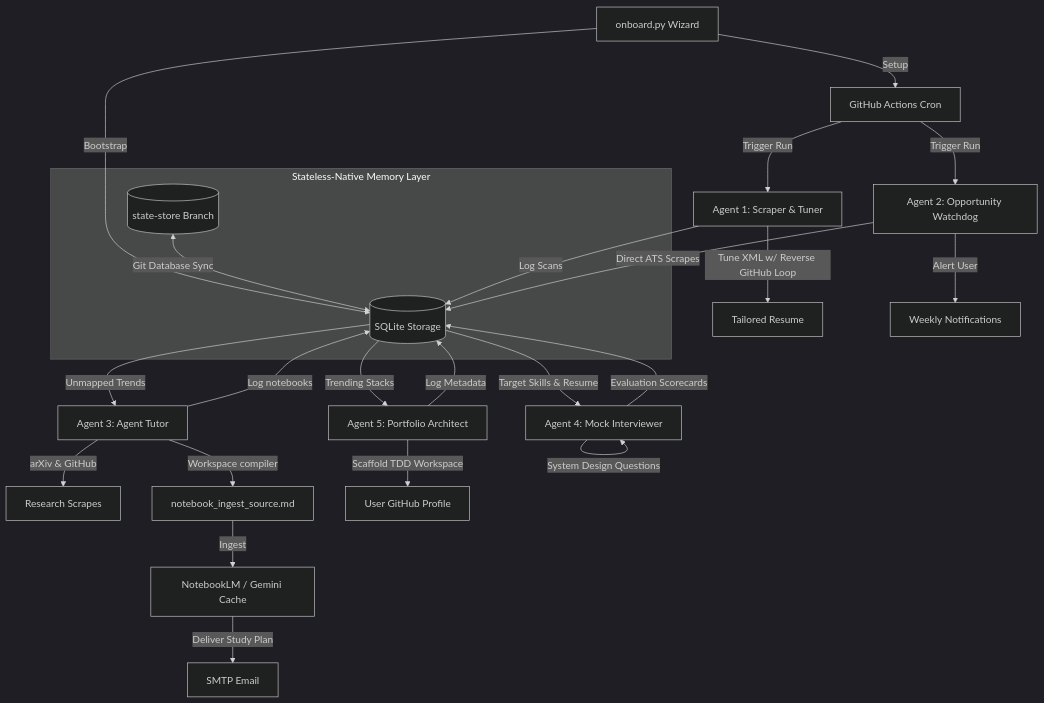
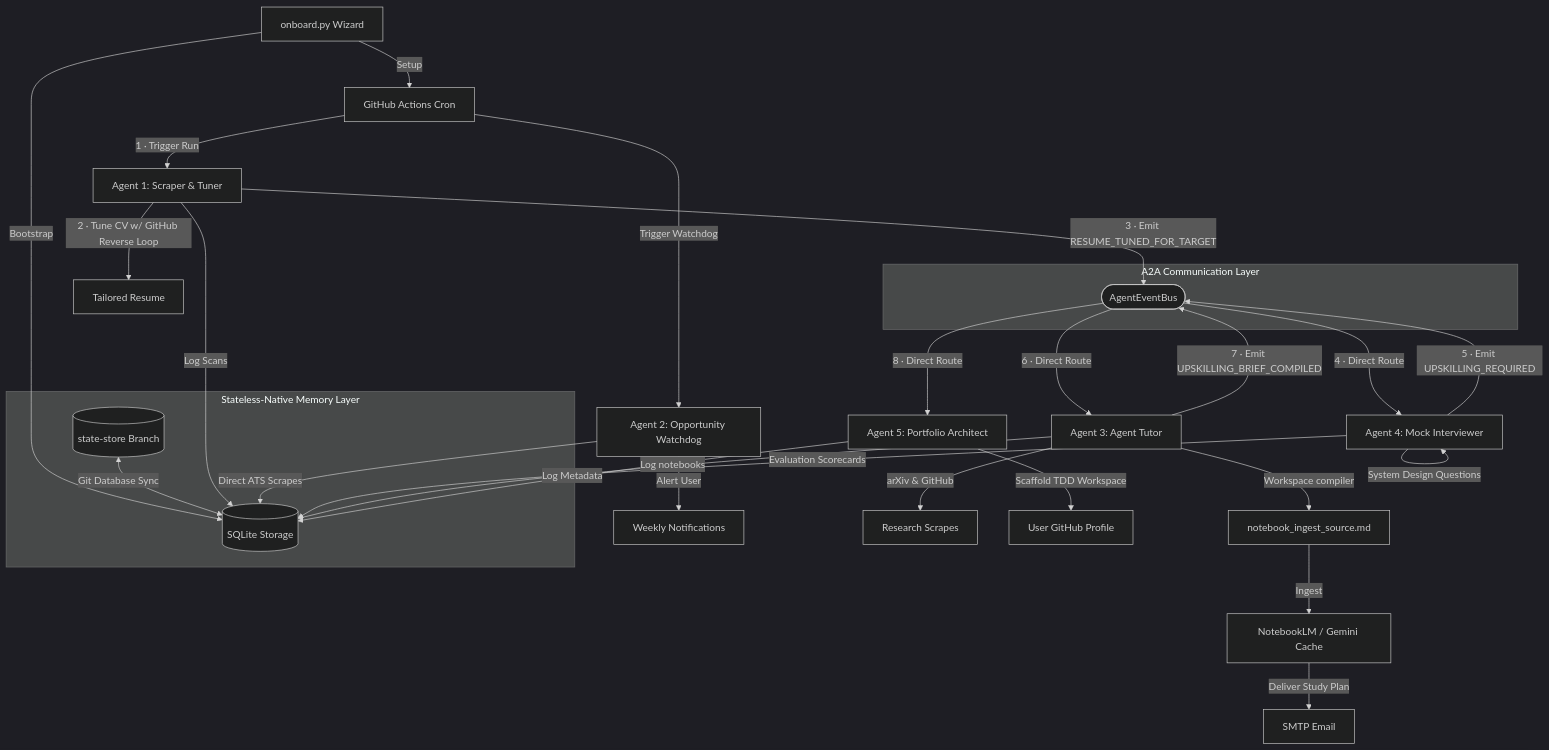
The diagram in README.md (mayukhg/mg-ai-job-scanner), drawn with Mermaid (dark theme) before and after one commit. The commit also changed 15 other files, not shown here.

Commit message:
feat: transition Career Intelligence Engine to Reactive A2A Messaging Architecture & upgrade docs

````diff
--- a/README.md
+++ b/README.md
@@ -47,32 +47,40 @@
 ```mermaid
 graph TD
     UI[onboard.py Wizard] -->|Bootstrap| SQLite[(SQLite Storage)]
     UI -->|Setup| GHA[GitHub Actions Cron]
     
     subgraph Git_Memory [Stateless-Native Memory Layer]
         GitDB[(state-store Branch)] <-->|Git Database Sync| SQLite
     end
     
-    GHA -->|Trigger Run| A1[Agent 1: Scraper & Tuner]
-    GHA -->|Trigger Run| A2[Agent 2: Opportunity Watchdog]
+    subgraph Event_Bus [A2A Communication Layer]
+        Bus([AgentEventBus])
+    end
+
+    GHA -->|1 · Trigger Run| A1[Agent 1: Scraper & Tuner]
+    GHA -->|Trigger Watchdog| A2[Agent 2: Opportunity Watchdog]
     
     A1 -->|Log Scans| SQLite
-    A1 -->|Tune XML w/ Reverse GitHub Loop| Resume[Tailored Resume]
+    A1 -->|2 · Tune CV w/ GitHub Reverse Loop| Resume[Tailored Resume]
+    A1 -->|3 · Emit RESUME_TUNED_FOR_TARGET| Bus
+    
     A2 -->|Direct ATS Scrapes| SQLite
     A2 -->|Alert User| Notify[Weekly Notifications]
     
-    SQLite -->|Unmapped Trends| A3[Agent 3: Agent Tutor]
+    Bus -->|4 · Direct Route| A4[Agent 4: Mock Interviewer]
+    A4 -->|System Design Questions| A4
+    A4 -->|5 · Emit UPSKILLING_REQUIRED| Bus
+    A4 -->|Evaluation Scorecards| SQLite
+    
+    Bus -->|6 · Direct Route| A3[Agent 3: Agent Tutor]
     A3 -->|arXiv & GitHub| Search[Research Scrapes]
     A3 -->|Workspace compiler| Brief[notebook_ingest_source.md]
     Brief -->|Ingest| NotebookLM[NotebookLM / Gemini Cache]
     NotebookLM -->|Deliver Study Plan| Mail[SMTP Email]
+    A3 -->|7 · Emit UPSKILLING_BRIEF_COMPILED| Bus
     A3 -->|Log notebooks| SQLite
     
-    SQLite -->|Target Skills & Resume| A4[Agent 4: Mock Interviewer]
-    A4 -->|System Design Questions| A4
-    A4 -->|Evaluation Scorecards| SQLite
-    
-    SQLite -->|Trending Stacks| A5[Agent 5: Portfolio Architect]
+    Bus -->|8 · Direct Route| A5[Agent 5: Portfolio Architect]
     A5 -->|Scaffold TDD Workspace| Git[User GitHub Profile]
     A5 -->|Log Metadata| SQLite
 ```
````
